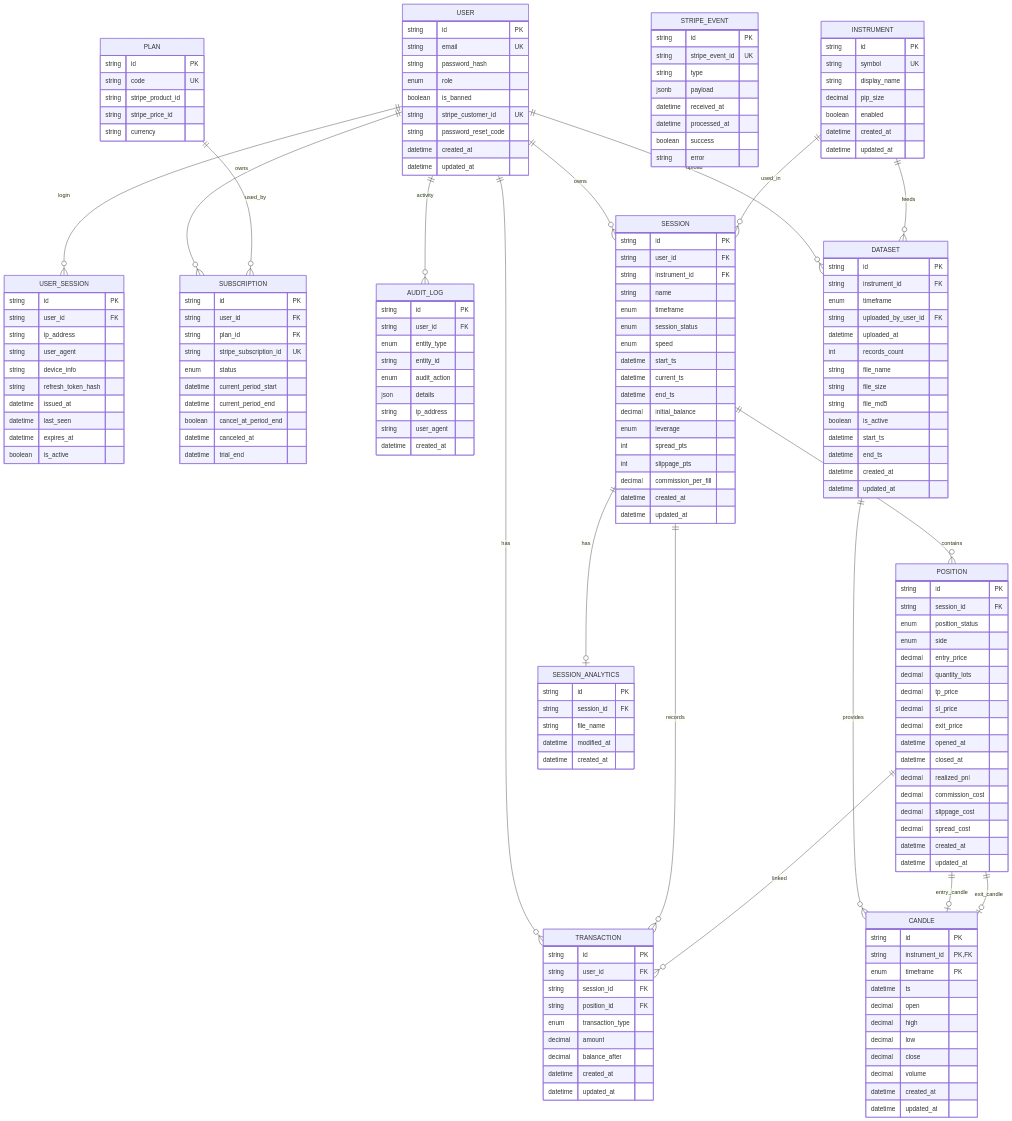
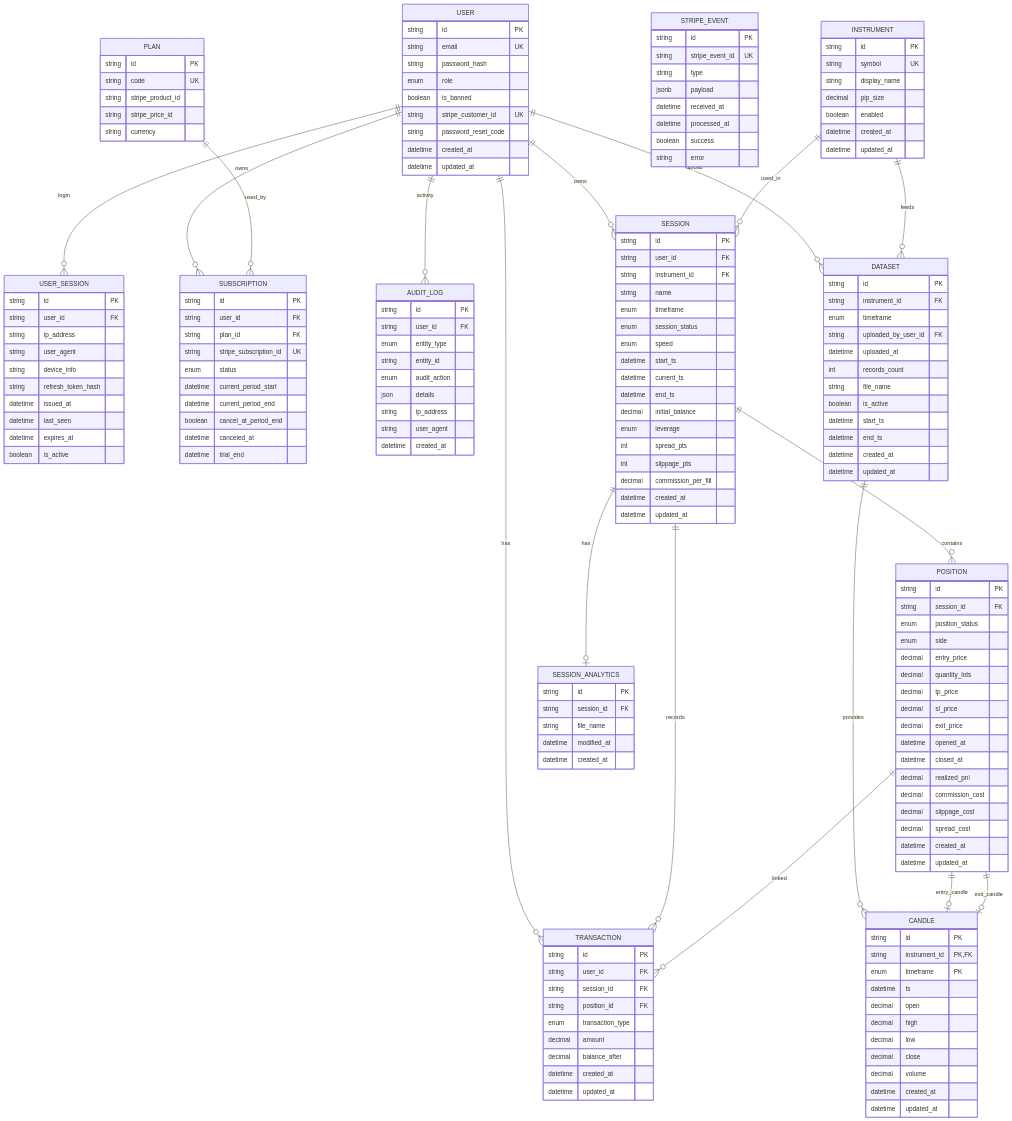
The diagram in documentation/uml/er/er-diagram.md (DamienReichhart/BackTrade), drawn with Mermaid before and after one commit. The commit also changed 3 other files, not shown here.

```diff
--- a/documentation/uml/er/er-diagram.md
+++ b/documentation/uml/er/er-diagram.md
@@ -104,8 +104,6 @@
       datetime uploaded_at
       int records_count
       string file_name
-      string file_size
-      string file_md5
       boolean is_active
       datetime start_ts
       datetime end_ts
```
